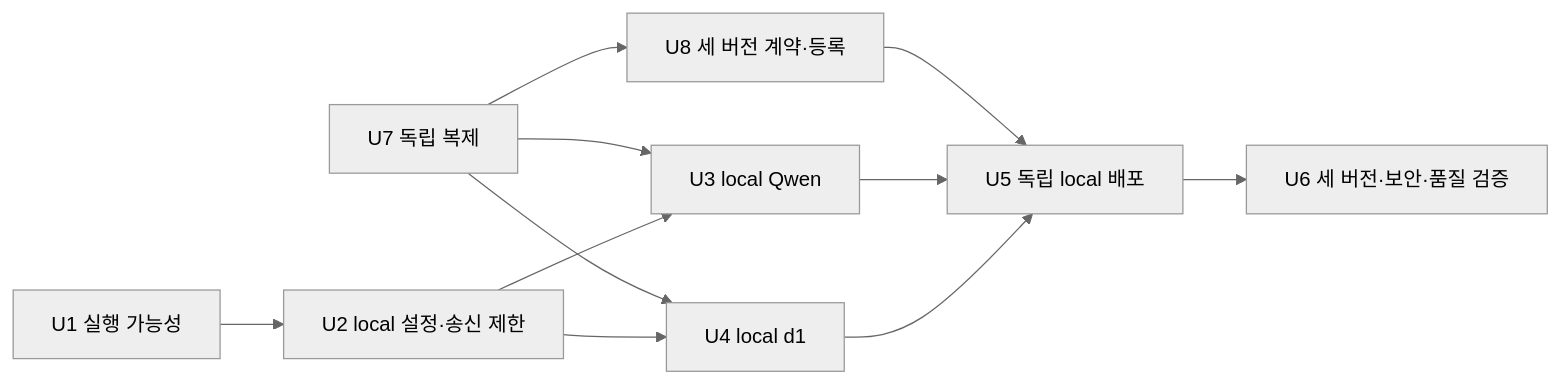
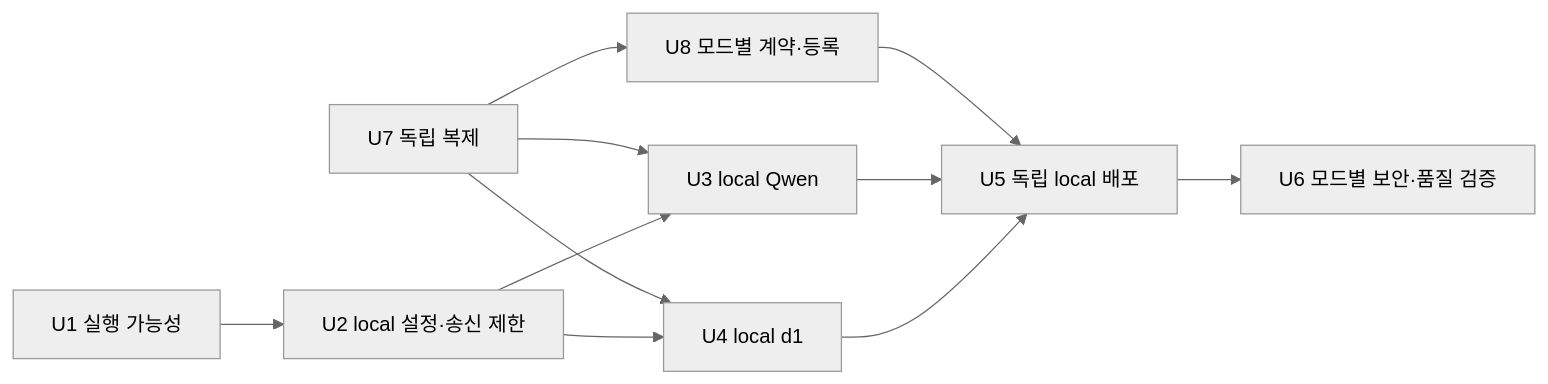
The fourth of 4 diagrams in docs/plans/2026-11-12-001-feat-v2-local-llm-plan.md (SJU-Capstone-2026/K-PLASMA-Analysis-Agent), drawn with Mermaid (neutral theme) before and after one commit. The commit also changed other lines of this file and 181 other files, not shown here.

````diff
--- a/docs/plans/2026-11-12-001-feat-v2-local-llm-plan.md
+++ b/docs/plans/2026-11-12-001-feat-v2-local-llm-plan.md
@@ -176,13 +173,13 @@
 ```mermaid
 flowchart LR
-  U7[U7 독립 복제] --> U8[U8 세 버전 계약·등록]
+  U7[U7 독립 복제] --> U8[U8 모드별 계약·등록]
   U7 --> U3[U3 local Qwen]
   U7 --> U4[U4 local d1]
   U1[U1 실행 가능성] --> U2[U2 local 설정·송신 제한]
   U2 --> U3
   U2 --> U4
   U8 --> U5[U5 독립 local 배포]
   U3 --> U5
   U4 --> U5
-  U5 --> U6[U6 세 버전·보안·품질 검증]
+  U5 --> U6[U6 모드별 보안·품질 검증]
 ```
````
